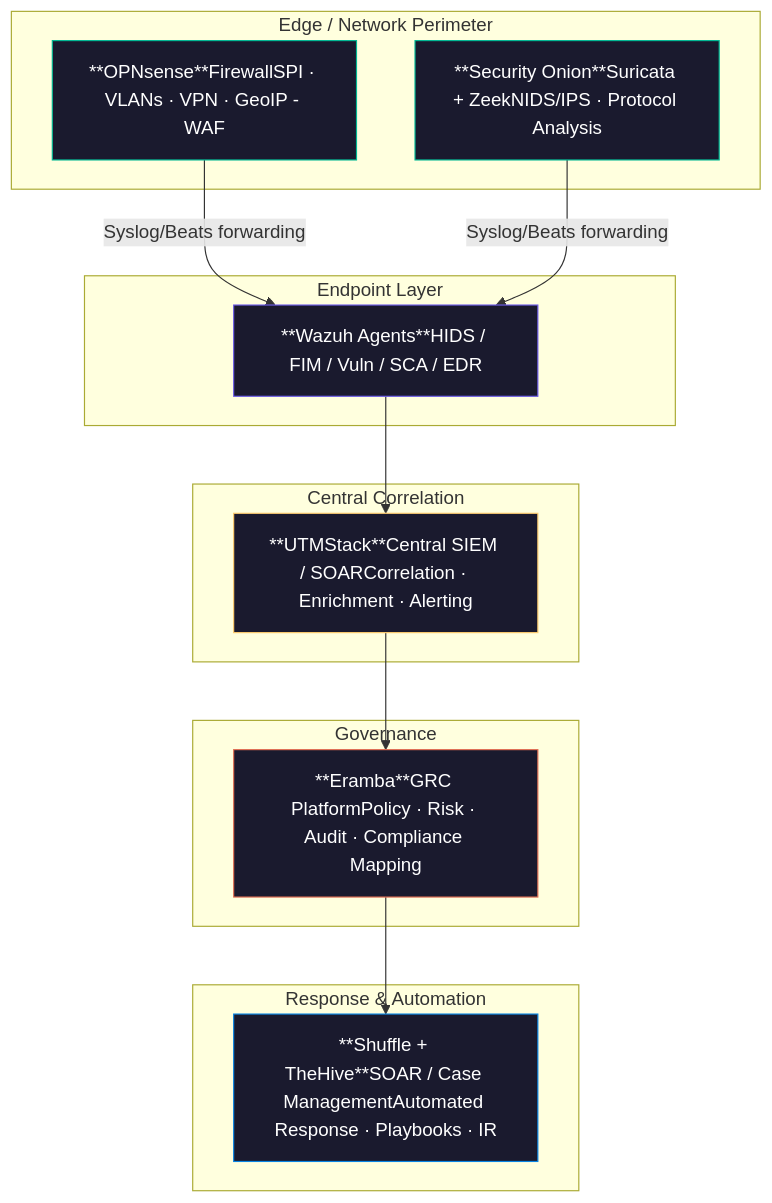
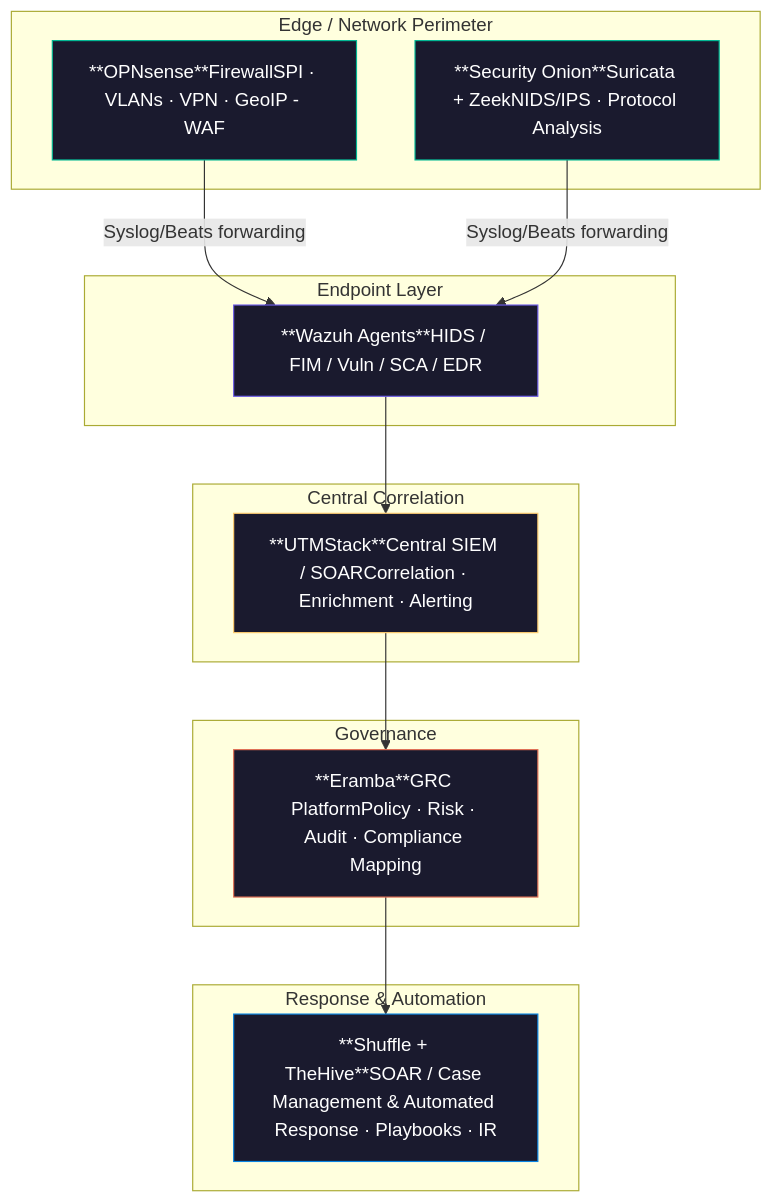
The diagram in notes/Open-Source_Security_Stack.md (sreilly1977/dlh-cyber_security), drawn with Mermaid before and after one commit.

````diff
--- a/notes/Open-Source_Security_Stack.md
+++ b/notes/Open-Source_Security_Stack.md
@@ -74,44 +74,44 @@
 ```mermaid
 graph TD
     subgraph Edge["Edge / Network Perimeter"]
         OPN["**OPNsense**FirewallSPI · VLANs · VPN · GeoIP - WAF"]
         SON["**Security Onion**Suricata + ZeekNIDS/IPS · Protocol Analysis"]
     end
 
     OPN -- "Syslog/Beats forwarding" --> WAZ
     SON -- "Syslog/Beats forwarding" --> WAZ
 
     subgraph Endpoint["Endpoint Layer"]
         WAZ["**Wazuh Agents**HIDS / FIM / Vuln / SCA / EDR"]
     end
 
     WAZ --> UTM
 
     subgraph Central["Central Correlation"]
         UTM["**UTMStack**Central SIEM / SOARCorrelation · Enrichment · Alerting"]
     end
 
     UTM --> ERA
 
     subgraph Governance["Governance"]
         ERA["**Eramba**GRC PlatformPolicy · Risk · Audit · Compliance Mapping"]
     end
 
     ERA --> SOAR
 
     subgraph Response["Response & Automation"]
-        SOAR["**Shuffle + TheHive**SOAR / Case ManagementAutomated Response · Playbooks · IR"]
+        SOAR["**Shuffle + TheHive**SOAR / Case Management & Automated Response · Playbooks · IR"]
     end
 
     classDef edgeNode fill:#1a1a2e,stroke:#00b894,color:#fff
     classDef endpointNode fill:#1a1a2e,stroke:#6c5ce7,color:#fff
     classDef centralNode fill:#1a1a2e,stroke:#fdcb6e,color:#fff
     classDef govNode fill:#1a1a2e,stroke:#e17055,color:#fff
     classDef respNode fill:#1a1a2e,stroke:#0984e3,color:#fff
 
     class OPN,COR,SON edgeNode
     class WAZ endpointNode
     class UTM centralNode
     class ERA govNode
     class SOAR respNode
 ```
````
